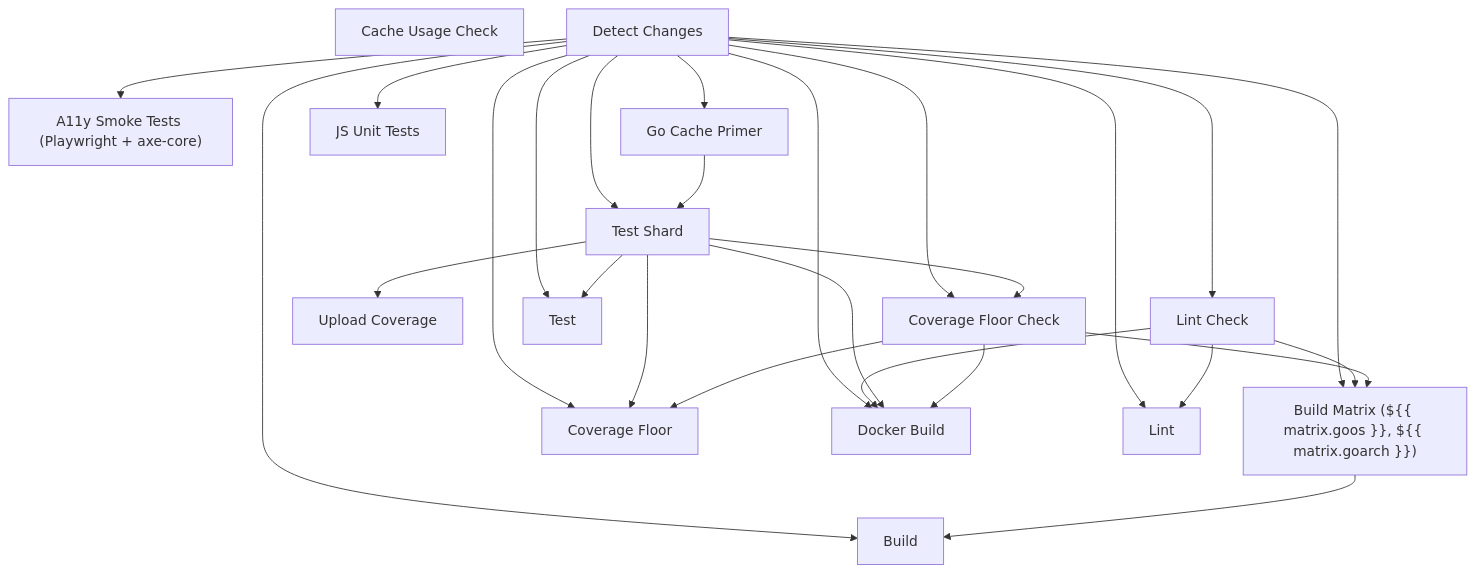
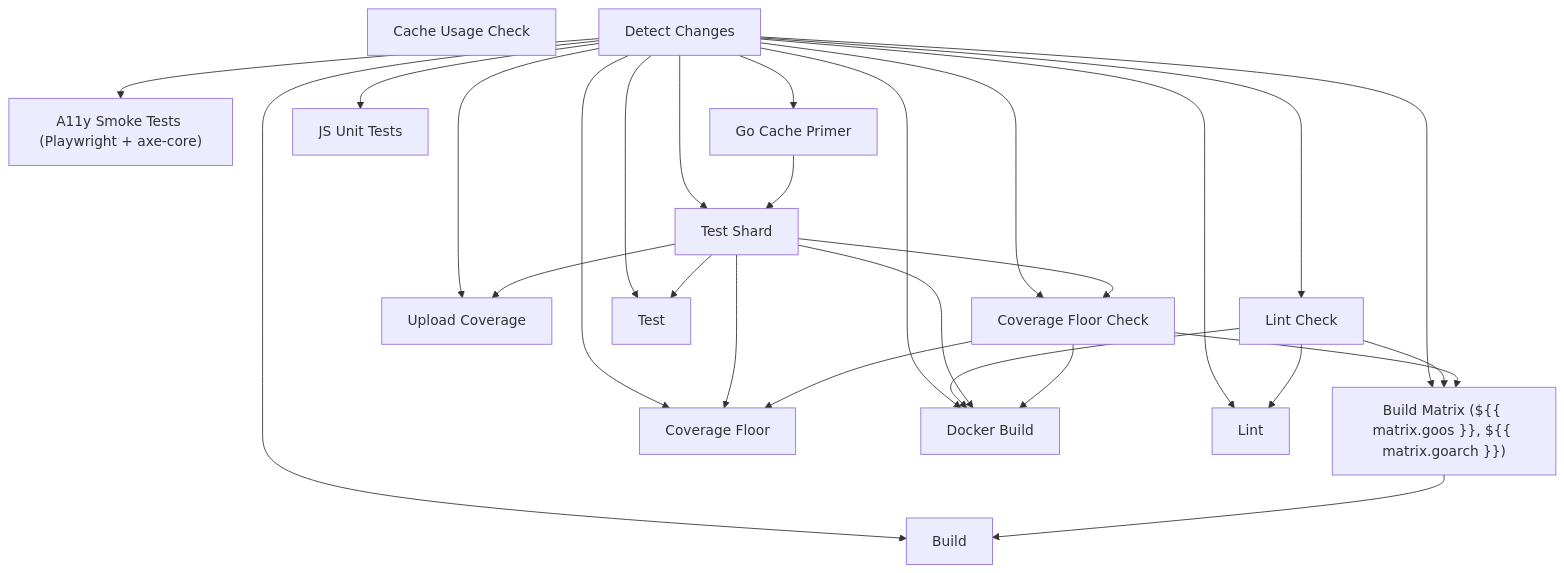
One commit to sydlexius/stillwater changed the diagram in docs/_generated/ci-reference.md. Above: the diagram before and after it, drawn with Mermaid. The commit also changed other lines of this file and 4 other files, not shown here.

````diff
--- a/docs/_generated/ci-reference.md
+++ b/docs/_generated/ci-reference.md
@@ -9,44 +9,45 @@
 ```mermaid
 flowchart TD
     a11y_test["A11y Smoke Tests (Playwright + axe-core)"]
     build["Build"]
     build_matrix["Build Matrix (${{ matrix.goos }}, ${{ matrix.goarch }})"]
     cache_usage["Cache Usage Check"]
     changes["Detect Changes"]
     coverage_floor["Coverage Floor Check"]
     coverage_floor_summary["Coverage Floor"]
     coverage_upload["Upload Coverage"]
     docker["Docker Build"]
     go_cache_primer["Go Cache Primer"]
     js_test["JS Unit Tests"]
     lint["Lint Check"]
     lint_summary["Lint"]
     test["Test Shard"]
     test_summary["Test"]
 
     changes --> a11y_test
     changes --> build
     build_matrix --> build
     changes --> build_matrix
     lint --> build_matrix
     coverage_floor --> build_matrix
     changes --> coverage_floor
     test --> coverage_floor
     changes --> coverage_floor_summary
     test --> coverage_floor_summary
     coverage_floor --> coverage_floor_summary
+    changes --> coverage_upload
     test --> coverage_upload
     changes --> docker
     lint --> docker
     test --> docker
     coverage_floor --> docker
     changes --> go_cache_primer
     changes --> js_test
     changes --> lint
     changes --> lint_summary
     lint --> lint_summary
     changes --> test
     go_cache_primer --> test
     changes --> test_summary
     test --> test_summary
 ```
````
